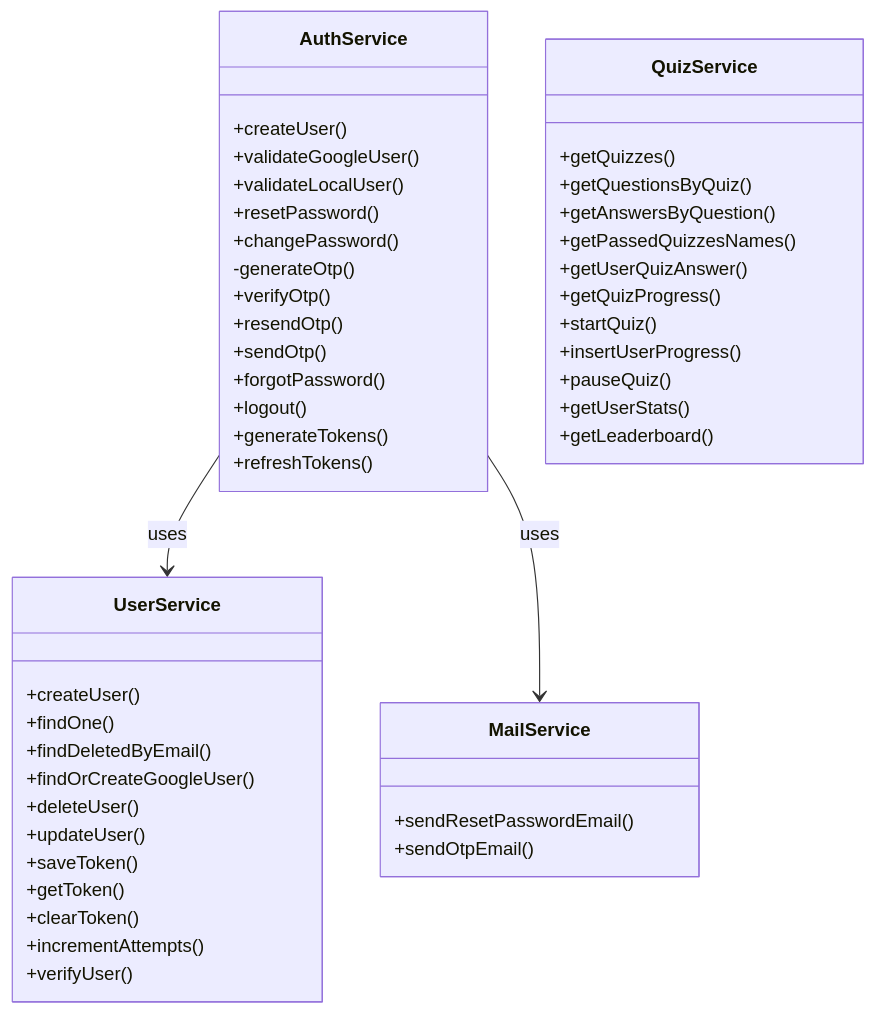
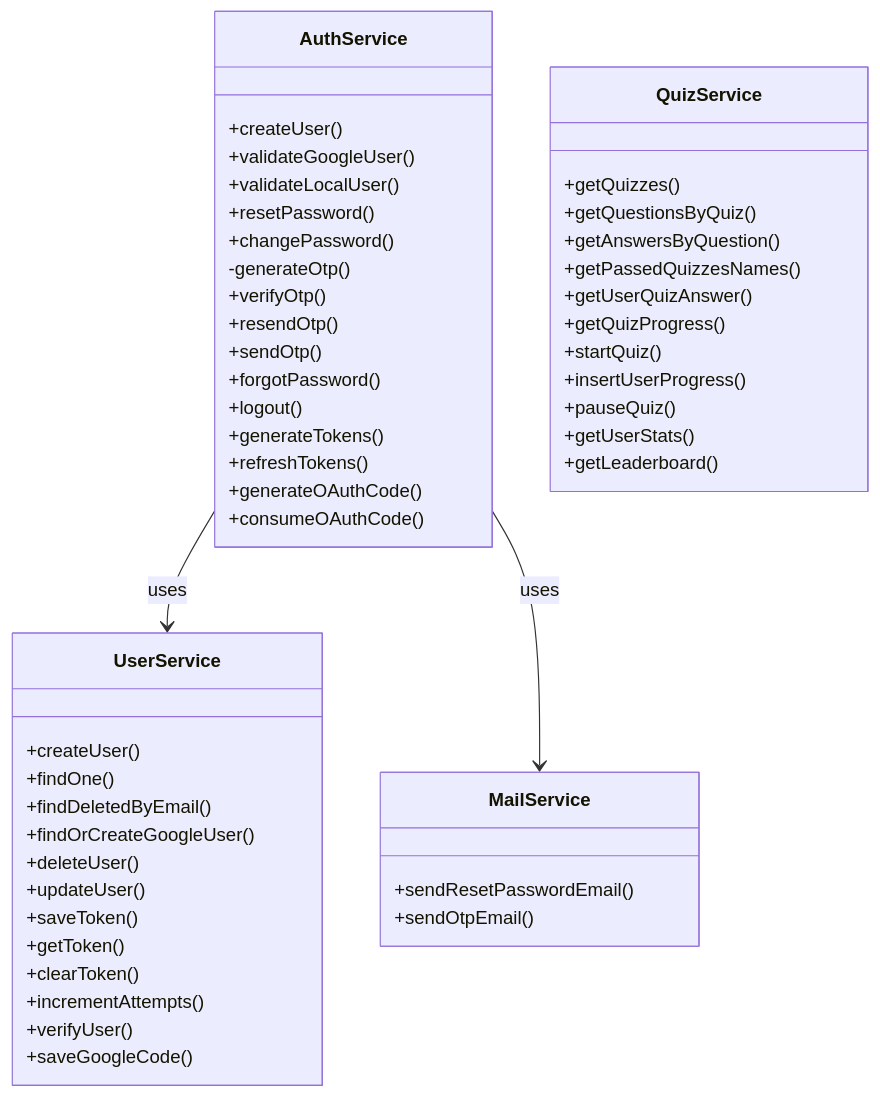
Before and after one commit to Ahmed-Elgammal-900/Quiz-App-Back-End: the third of 5 diagrams in README.md, drawn with Mermaid. The commit also changed other lines of this file and 11 other files, not shown here.

````diff
--- a/README.md
+++ b/README.md
@@ -326,53 +345,55 @@
 ```mermaid
 classDiagram
 class AuthService {
 +createUser()
 +validateGoogleUser()
 +validateLocalUser()
 +resetPassword()
 +changePassword()
 -generateOtp()
 +verifyOtp()
 +resendOtp()
 +sendOtp()
 +forgotPassword()
 +logout()
 +generateTokens()
 +refreshTokens()
++generateOAuthCode()
++consumeOAuthCode()
 }
 class UserService {
 +createUser()
 +findOne()
 +findDeletedByEmail()
 +findOrCreateGoogleUser()
 +deleteUser()
 +updateUser()
 +saveToken()
 +getToken()
 +clearToken()
 +incrementAttempts()
 +verifyUser()
-
++saveGoogleCode()
 }
 class QuizService {
 +getQuizzes()
 +getQuestionsByQuiz()
 +getAnswersByQuestion()
 +getPassedQuizzesNames()
 +getUserQuizAnswer()
 +getQuizProgress()
 +startQuiz()
 +insertUserProgress()
 +pauseQuiz()
 +getUserStats()
 +getLeaderboard()
 }
 class MailService {
 +sendResetPasswordEmail()
 +sendOtpEmail()
 }
 
     AuthService --> UserService : uses
     AuthService --> MailService: uses
 
 ```
````
